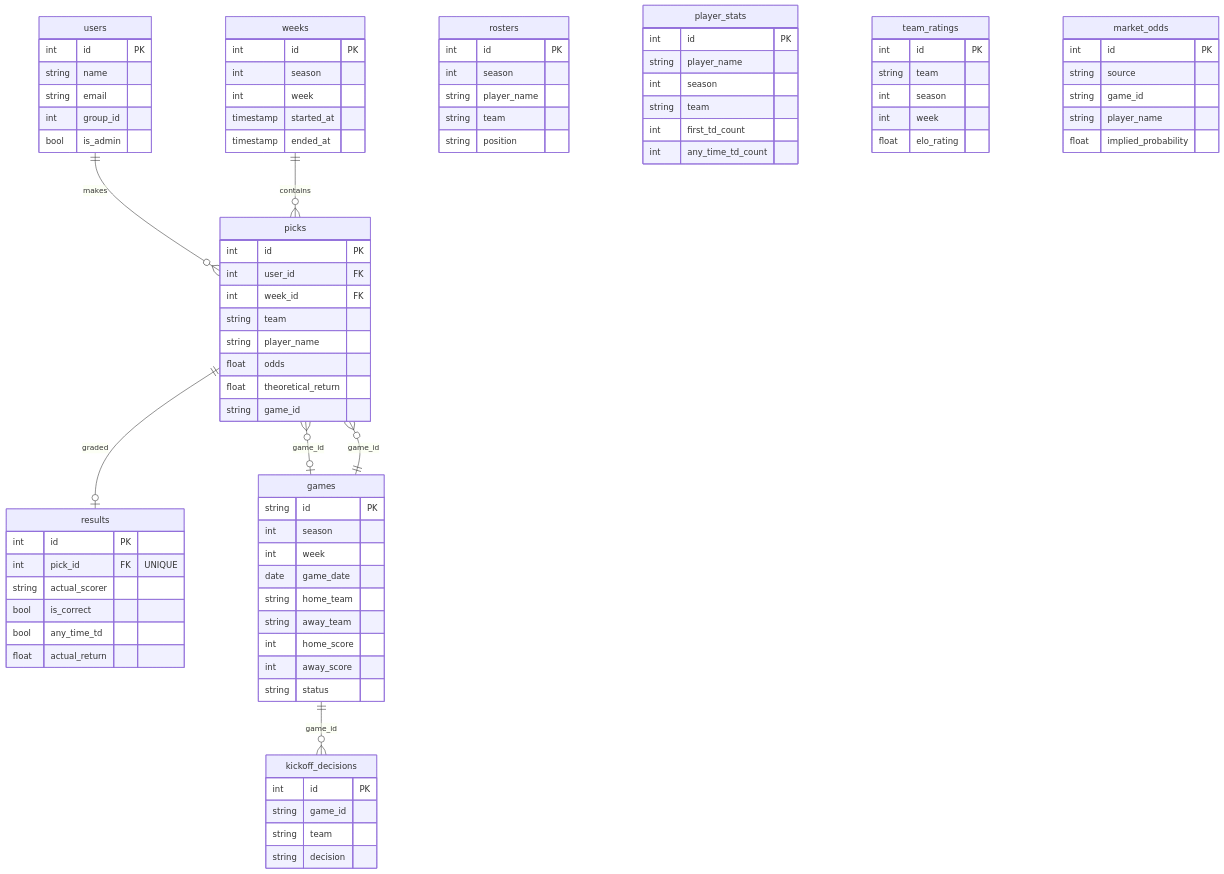
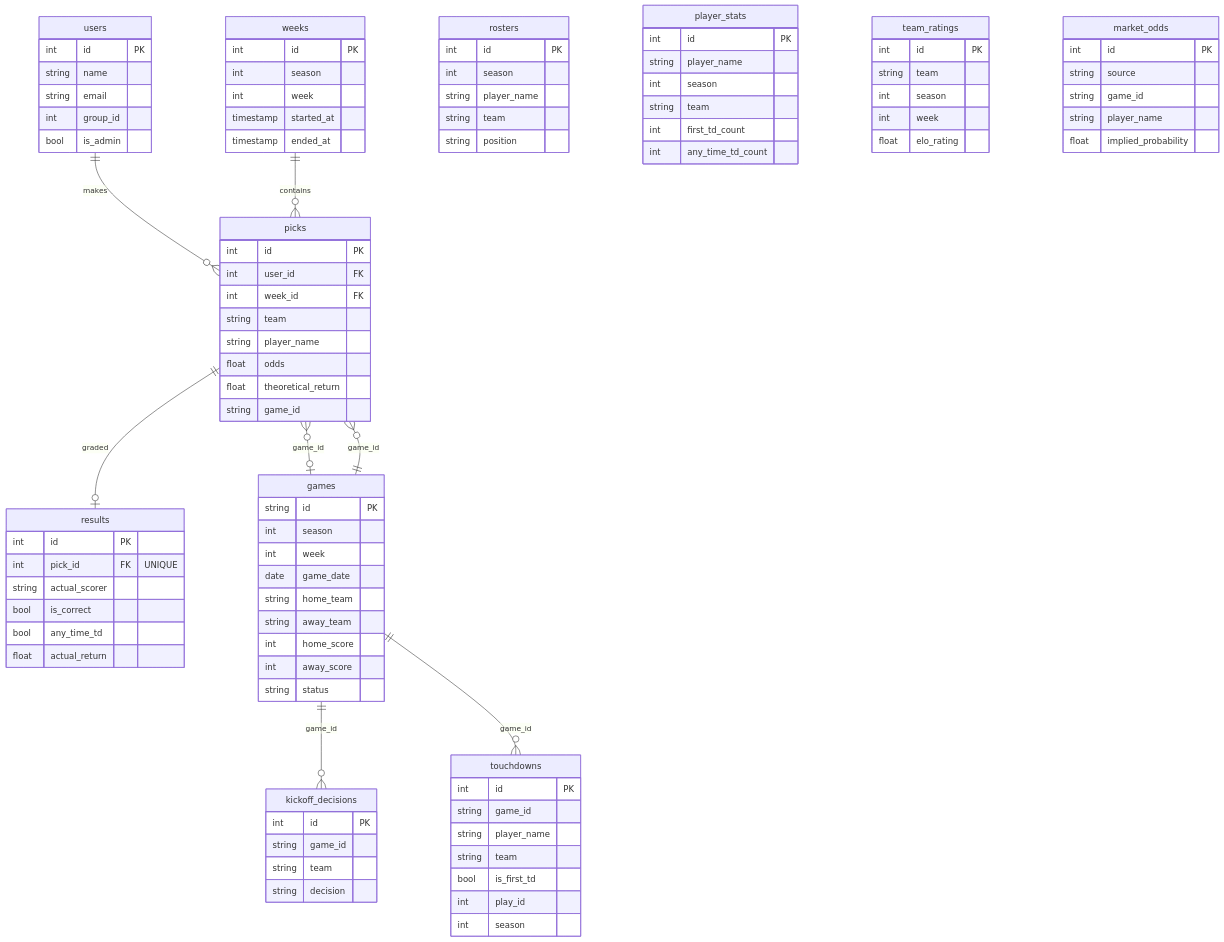
The third of 6 diagrams in docs/ARCHITECTURE_DIAGRAMS.md (akursar1107/Antigravity-Fast6), drawn with Mermaid before and after one commit. The commit also changed other lines of this file and 23 other files, not shown here.

````diff
--- a/docs/ARCHITECTURE_DIAGRAMS.md
+++ b/docs/ARCHITECTURE_DIAGRAMS.md
@@ -207,5 +210,16 @@
         float implied_probability
     }
 
+    touchdowns {
+        int id PK
+        string game_id
+        string player_name
+        string team
+        bool is_first_td
+        int play_id
+        int season
+    }
+
     games ||--o{ kickoff_decisions : "game_id"
+    games ||--o{ touchdowns : "game_id"
 ```
````
